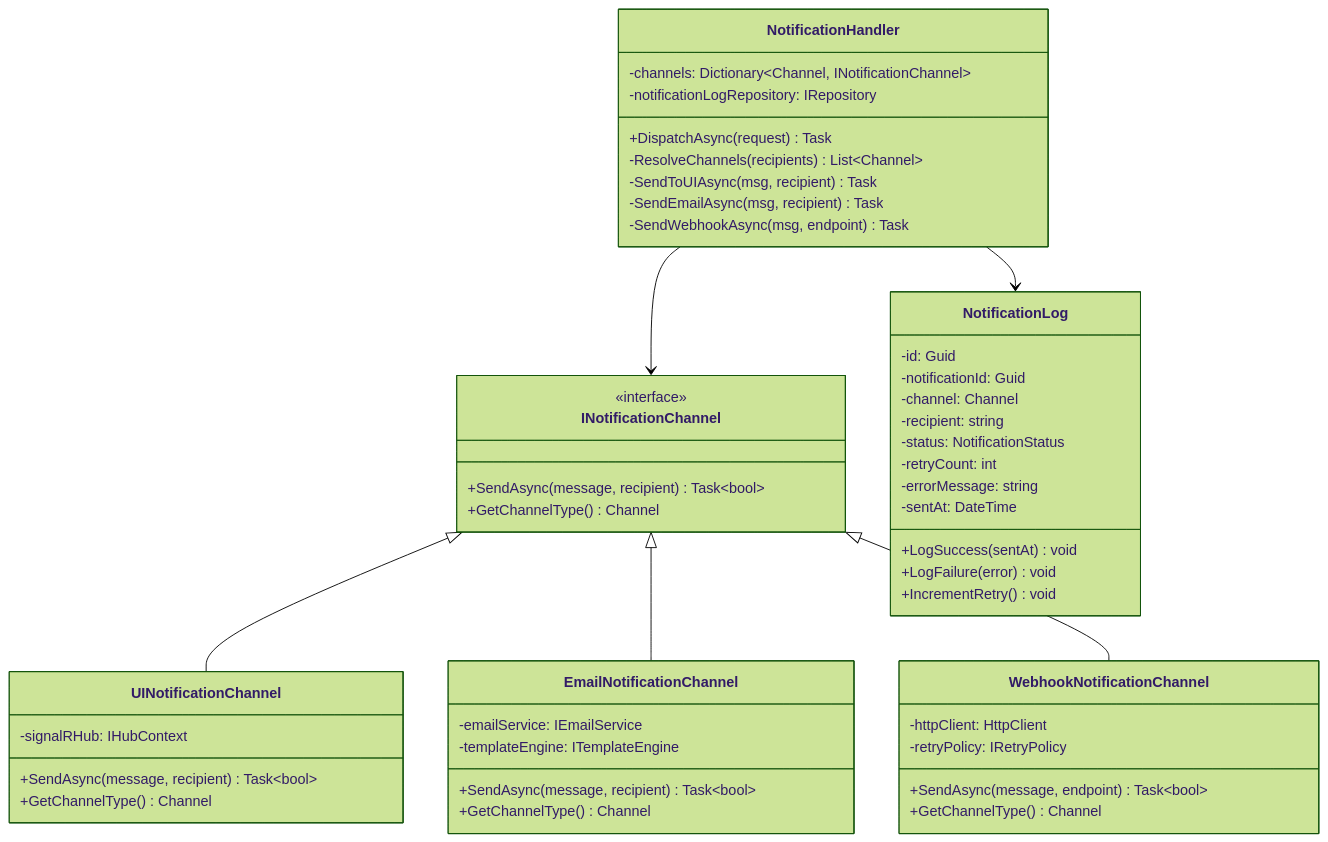
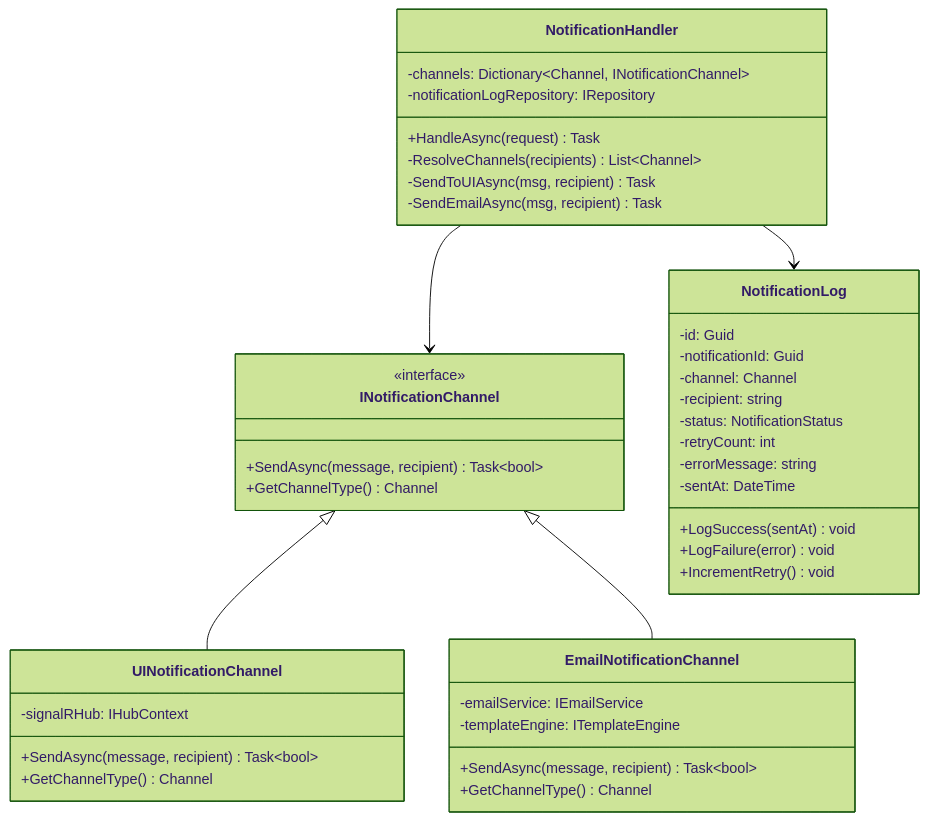
The third of 4 diagrams in asset-management/diagrams/03_Component_Class_Diagrams.md (arup-ghosh-maersk/cia-lld), drawn with Mermaid (forest theme) before and after one commit. The commit also changed other lines of this file, not shown here.

````diff
--- a/asset-management/diagrams/03_Component_Class_Diagrams.md
+++ b/asset-management/diagrams/03_Component_Class_Diagrams.md
@@ -141,58 +151,49 @@
 ```mermaid
 classDiagram
     class NotificationHandler {
         -channels: Dictionary~Channel, INotificationChannel~
         -notificationLogRepository: IRepository
-        +DispatchAsync(request) Task
+        +HandleAsync(request) Task
         -ResolveChannels(recipients) List~Channel~
         -SendToUIAsync(msg, recipient) Task
         -SendEmailAsync(msg, recipient) Task
-        -SendWebhookAsync(msg, endpoint) Task
     }
 
     class INotificationChannel {
         <<interface>>
         +SendAsync(message, recipient) Task~bool~
         +GetChannelType() Channel
     }
 
     class UINotificationChannel {
         -signalRHub: IHubContext
         +SendAsync(message, recipient) Task~bool~
         +GetChannelType() Channel
     }
 
     class EmailNotificationChannel {
         -emailService: IEmailService
         -templateEngine: ITemplateEngine
         +SendAsync(message, recipient) Task~bool~
         +GetChannelType() Channel
     }
 
-    class WebhookNotificationChannel {
-        -httpClient: HttpClient
-        -retryPolicy: IRetryPolicy
-        +SendAsync(message, endpoint) Task~bool~
-        +GetChannelType() Channel
-    }
-
     class NotificationLog {
         -id: Guid
         -notificationId: Guid
         -channel: Channel
         -recipient: string
         -status: NotificationStatus
         -retryCount: int
         -errorMessage: string
         -sentAt: DateTime
         +LogSuccess(sentAt) void
         +LogFailure(error) void
         +IncrementRetry() void
     }
 
     NotificationHandler --> INotificationChannel
     INotificationChannel <|-- UINotificationChannel
     INotificationChannel <|-- EmailNotificationChannel
-    INotificationChannel <|-- WebhookNotificationChannel
     NotificationHandler --> NotificationLog
 ```
````
